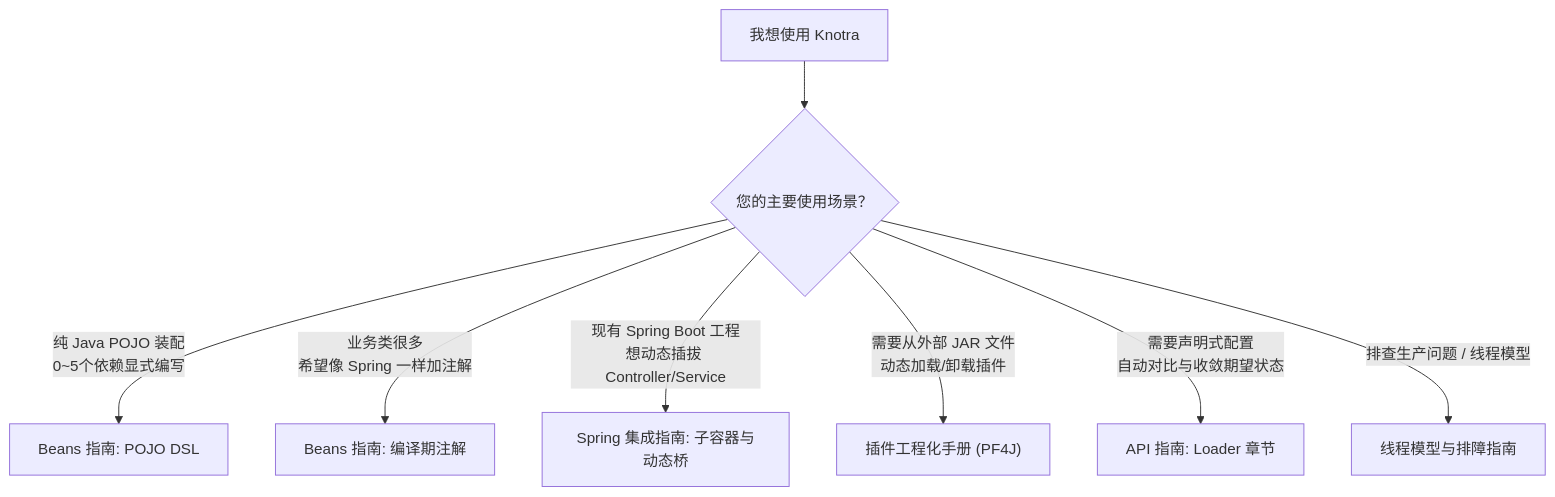
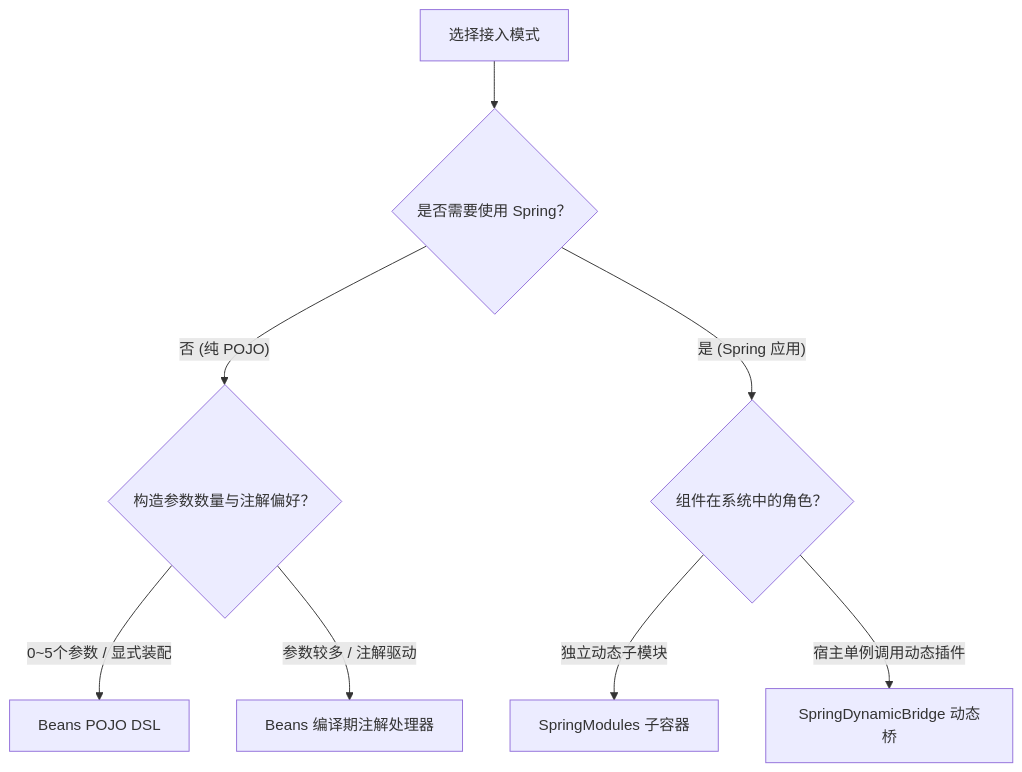
The third of 3 diagrams in README.md (fjay/knotra), drawn with Mermaid before and after one commit. The commit also changed other lines of this file and 7 other files, not shown here.

````diff
--- a/README.md
+++ b/README.md
@@ -169,11 +169,12 @@
 ```mermaid
 graph TD
-    start_node["我想使用 Knotra"] --> q1{"您的主要使用场景？"}
+    start_node["选择接入模式"] --> q1{"是否需要使用 Spring？"}
 
-    q1 -->|"纯 Java POJO 装配<br/>0~5个依赖显式编写"| p1["Beans 指南: POJO DSL"]
-    q1 -->|"业务类很多<br/>希望像 Spring 一样加注解"| p2["Beans 指南: 编译期注解"]
-    q1 -->|"现有 Spring Boot 工程<br/>想动态插拔 Controller/Service"| p3["Spring 集成指南: 子容器与动态桥"]
-    q1 -->|"需要从外部 JAR 文件<br/>动态加载/卸载插件"| p4["插件工程化手册 (PF4J)"]
-    q1 -->|"需要声明式配置<br/>自动对比与收敛期望状态"| p5["API 指南: Loader 章节"]
-    q1 -->|"排查生产问题 / 线程模型"| p6["线程模型与排障指南"]
+    q1 -->|"否 (纯 POJO)"| q2{"构造参数数量与注解偏好？"}
+    q2 -->|"0~5个参数 / 显式装配"| p1["Beans POJO DSL"]
+    q2 -->|"参数较多 / 注解驱动"| p2["Beans 编译期注解处理器"]
+
+    q1 -->|"是 (Spring 应用)"| q3{"组件在系统中的角色？"}
+    q3 -->|"独立动态子模块"| p3["SpringModules 子容器"]
+    q3 -->|"宿主单例调用动态插件"| p4["SpringDynamicBridge 动态桥"]
 ```
````
